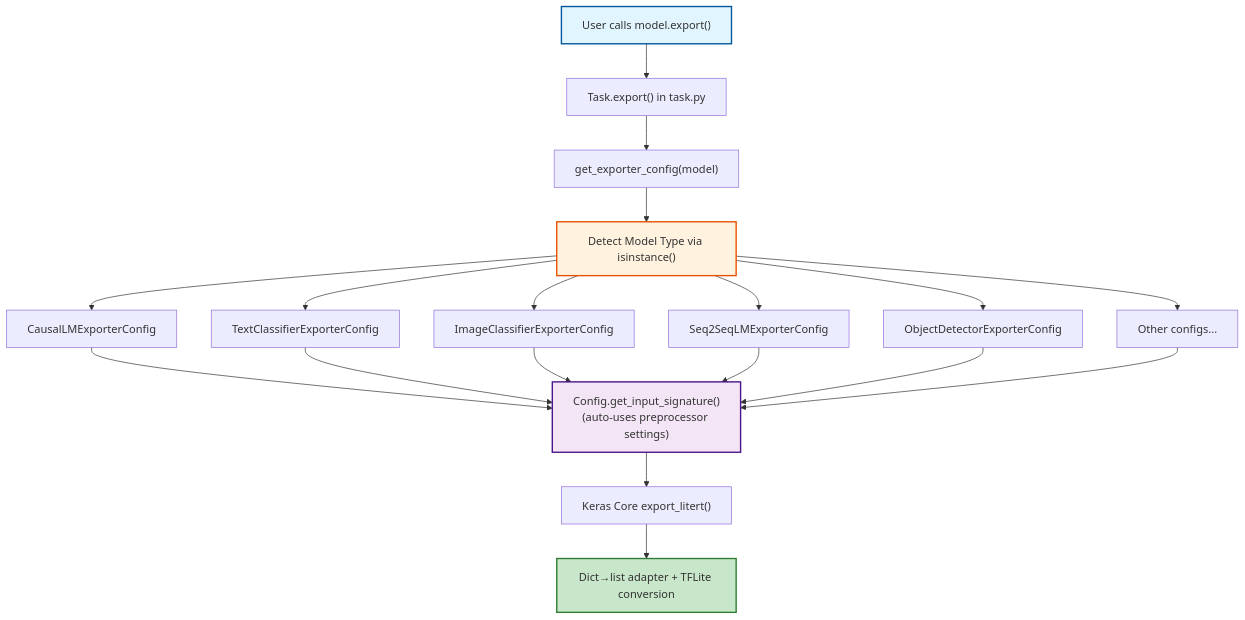
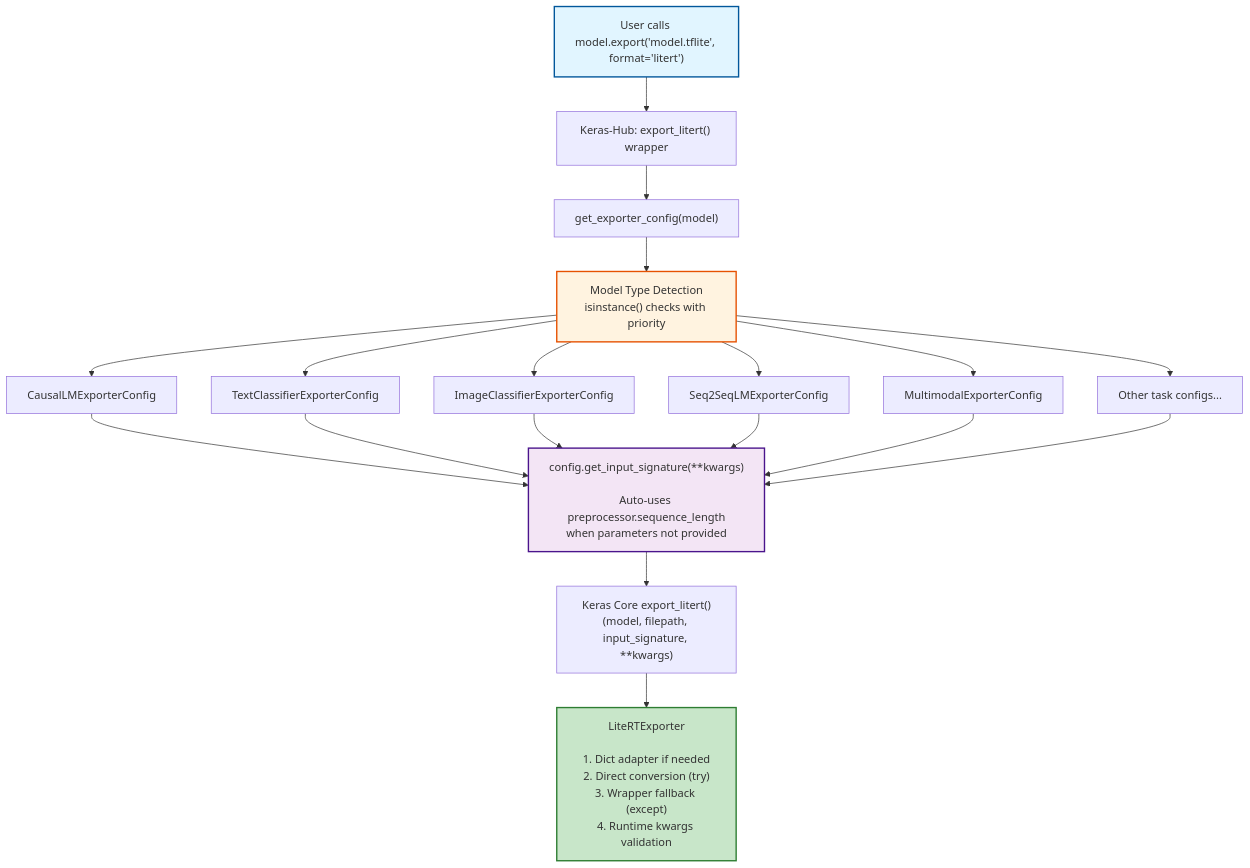
One commit to pctablet505/litert-export-docs changed the fourth of 5 diagrams in LiteRT Export design doc reviewed.md. Above: the diagram before and after it, drawn with Mermaid. The commit also changed other lines of this file, not shown here.

Commit message:
Update LiteRT Export design doc reviewed.md

````diff
--- a/LiteRT Export design doc reviewed.md
+++ b/LiteRT Export design doc reviewed.md
@@ -384,43 +460,43 @@
 ```mermaid
 flowchart TB
-    A["User calls model.export()"]
-    B["Task.export() in task.py"]
+    A["User calls model.export('model.tflite', format='litert')"]
+    B["Keras-Hub: export_litert() wrapper"]
     C["get_exporter_config(model)"]
-    D["Detect Model Type via isinstance()"]
+    D["Model Type Detection<br/>isinstance() checks with priority"]
     
     E1["CausalLMExporterConfig"]
     E2["TextClassifierExporterConfig"]
     E3["ImageClassifierExporterConfig"]
     E4["Seq2SeqLMExporterConfig"]
-    E5["ObjectDetectorExporterConfig"]
-    E6["Other configs..."]
+    E5["MultimodalExporterConfig"]
+    E6["Other task configs..."]
     
-    F["Config.get_input_signature()<br/>(auto-uses preprocessor settings)"]
-    G["Keras Core export_litert()"]
-    H["Dict→list adapter + TFLite conversion"]
+    F["config.get_input_signature(**kwargs)<br/><br/>Auto-uses preprocessor.sequence_length<br/>when parameters not provided"]
+    G["Keras Core export_litert()<br/>(model, filepath, input_signature, **kwargs)"]
+    H["LiteRTExporter<br/><br/>1. Dict adapter if needed<br/>2. Direct conversion (try)<br/>3. Wrapper fallback (except)<br/>4. Runtime kwargs validation"]
     
     A --> B
     B --> C
     C --> D
     D --> E1
     D --> E2
     D --> E3
     D --> E4
     D --> E5
     D --> E6
     
     E1 --> F
     E2 --> F
     E3 --> F
     E4 --> F
     E5 --> F
     E6 --> F
     
     F --> G
     G --> H
     
     style A fill:#e1f5ff,stroke:#01579b,stroke-width:2px
     style D fill:#fff3e0,stroke:#e65100,stroke-width:2px
     style F fill:#f3e5f5,stroke:#4a148c,stroke-width:2px
     style H fill:#c8e6c9,stroke:#2e7d32,stroke-width:2px
 ```
````
